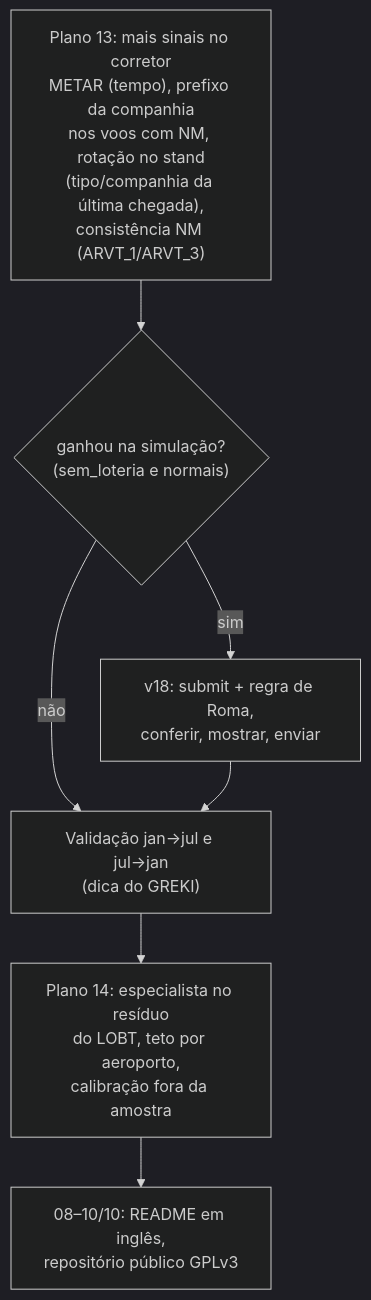
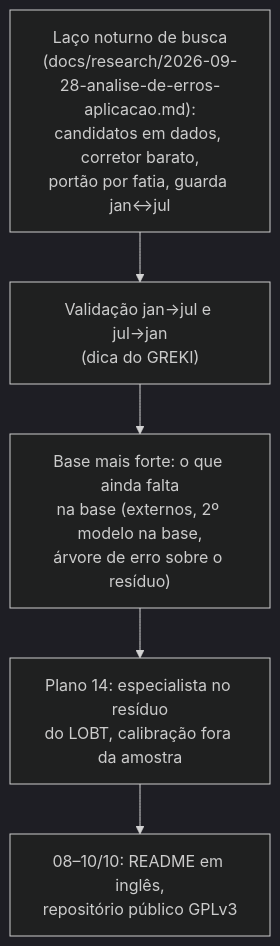
The third of 3 diagrams in docs/mapa.md (EnioAguiar/prc-taxiout-2026), drawn with Mermaid (dark theme) before and after one commit. The commit also changed other lines of this file and 6 other files, not shown here.

````diff
--- a/docs/mapa.md
+++ b/docs/mapa.md
@@ -88,9 +93,7 @@
 ```mermaid
 flowchart TD
-    A["Plano 13: mais sinais no corretor<br/>METAR (tempo), prefixo da companhia<br/>nos voos com NM, rotação no stand<br/>(tipo/companhia da última chegada),<br/>consistência NM (ARVT_1/ARVT_3)"] --> T{"ganhou na simulação?<br/>(sem_loteria e normais)"}
-    T -->|sim| E["v18: submit + regra de Roma,<br/>conferir, mostrar, enviar"]
-    T -->|não| B
-    E --> B["Validação jan→jul e jul→jan<br/>(dica do GREKI)"]
-    B --> C["Plano 14: especialista no resíduo<br/>do LOBT, teto por aeroporto,<br/>calibração fora da amostra"]
-    C --> FIM["08–10/10: README em inglês,<br/>repositório público GPLv3"]
+    A["Laço noturno de busca<br/>(docs/research/2026-09-28-analise-de-erros-aplicacao.md):<br/>candidatos em dados, corretor barato,<br/>portão por fatia, guarda jan↔jul"] --> B["Validação jan→jul e jul→jan<br/>(dica do GREKI)"]
+    B --> C["Base mais forte: o que ainda falta<br/>na base (externos, 2º modelo na base,<br/>árvore de erro sobre o resíduo)"]
+    C --> D["Plano 14: especialista no resíduo<br/>do LOBT, calibração fora da amostra"]
+    D --> FIM["08–10/10: README em inglês,<br/>repositório público GPLv3"]
 ```
````
